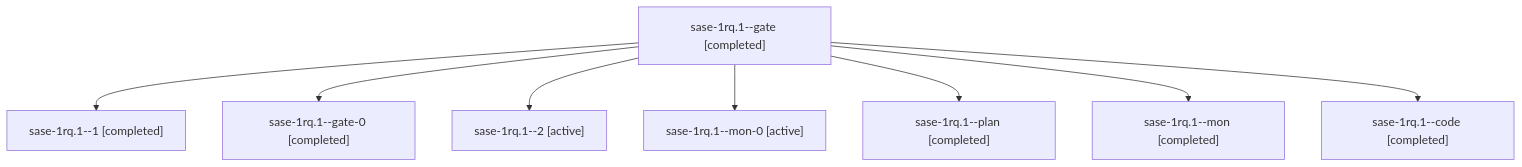
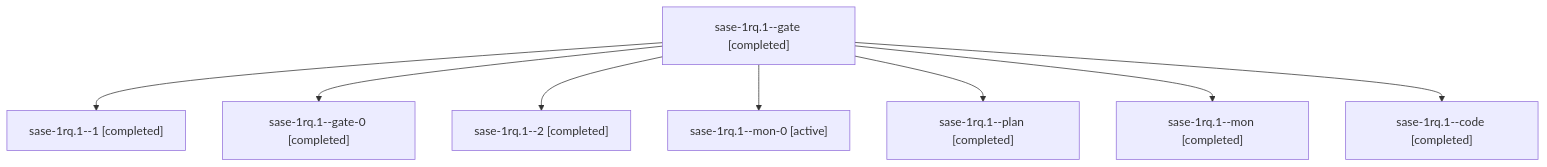
Before and after one commit to sase-org/sase--agents: the diagram in sessions/bbugyi200.athena.sase-1rq.1.md, drawn with Mermaid. The commit also changed other lines of this file and 91 other files, not shown here.

````diff
--- a/sessions/bbugyi200.athena.sase-1rq.1.md
+++ b/sessions/bbugyi200.athena.sase-1rq.1.md
@@ -9,18 +9,18 @@
 ```mermaid
 flowchart TD
   n0["sase-1rq.1--gate [completed]"]
   n1["sase-1rq.1--1 [completed]"]
   n0 --> n1
   n2["sase-1rq.1--gate-0 [completed]"]
   n0 --> n2
-  n3["sase-1rq.1--2 [active]"]
+  n3["sase-1rq.1--2 [completed]"]
   n0 --> n3
   n4["sase-1rq.1--mon-0 [active]"]
   n0 --> n4
   n5["sase-1rq.1--plan [completed]"]
   n0 --> n5
   n6["sase-1rq.1--mon [completed]"]
   n0 --> n6
   n7["sase-1rq.1--code [completed]"]
   n0 --> n7
 ```
````
